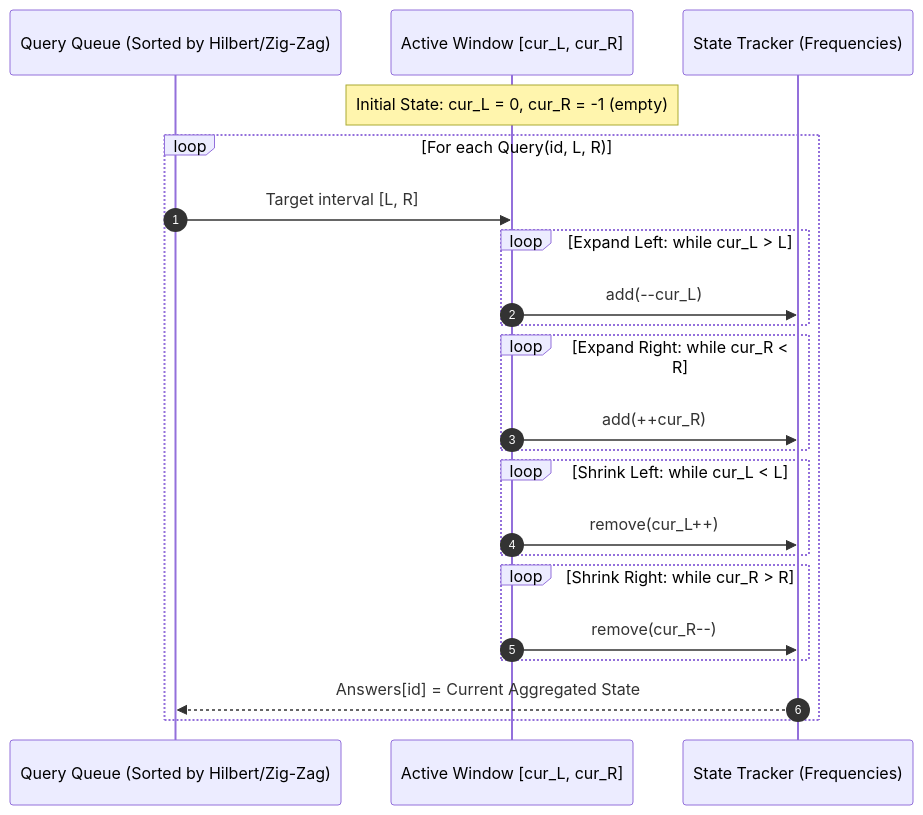
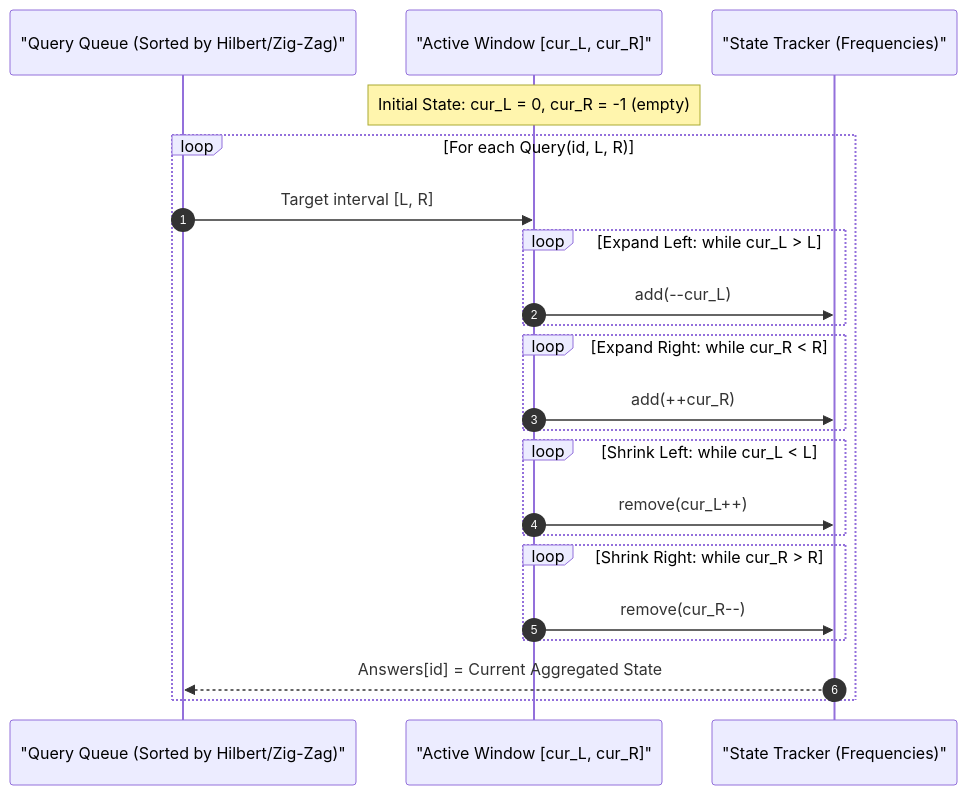
One commit to nijuna/awesome-dsa changed the second of 2 diagrams in docs/12-range-query-and-offline-structures/mo-algorithm.md. Above: the diagram before and after it, drawn with Mermaid. The commit also changed 30 other files, not shown here.

Commit message:
refactor(docs): sanitize LaTeX environments, format diagrams, and resolve cross-references

````diff
--- a/docs/12-range-query-and-offline-structures/mo-algorithm.md
+++ b/docs/12-range-query-and-offline-structures/mo-algorithm.md
@@ -93,25 +93,25 @@
 ```mermaid
 sequenceDiagram
     autonumber
-    participant Q as Query Queue (Sorted by Hilbert/Zig-Zag)
-    participant W as Active Window [cur_L, cur_R]
-    participant S as State Tracker (Frequencies)
+    participant Q as "Query Queue (Sorted by Hilbert/Zig-Zag)"
+    participant W as "Active Window [cur_L, cur_R]"
+    participant S as "State Tracker (Frequencies)"
 
     Note over W: Initial State: cur_L = 0, cur_R = -1 (empty)
     loop For each Query(id, L, R)
         Q->>W: Target interval [L, R]
         loop Expand Left: while cur_L > L
             W->>S: add(--cur_L)
         end
         loop Expand Right: while cur_R < R
             W->>S: add(++cur_R)
         end
         loop Shrink Left: while cur_L < L
             W->>S: remove(cur_L++)
         end
         loop Shrink Right: while cur_R > R
             W->>S: remove(cur_R--)
         end
         S-->>Q: Answers[id] = Current Aggregated State
     end
 ```
````
